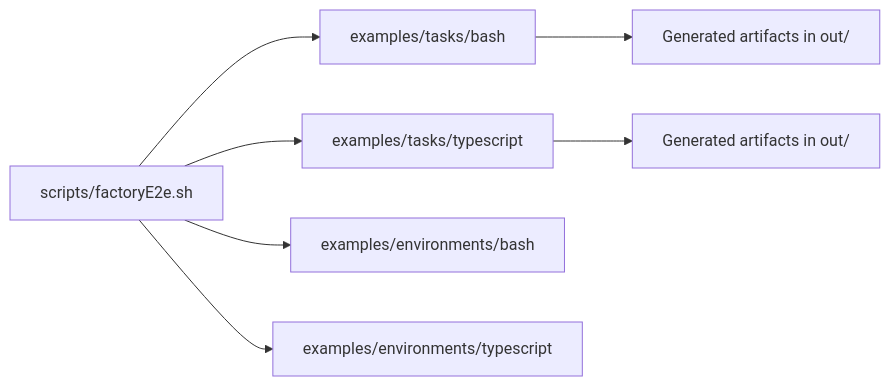
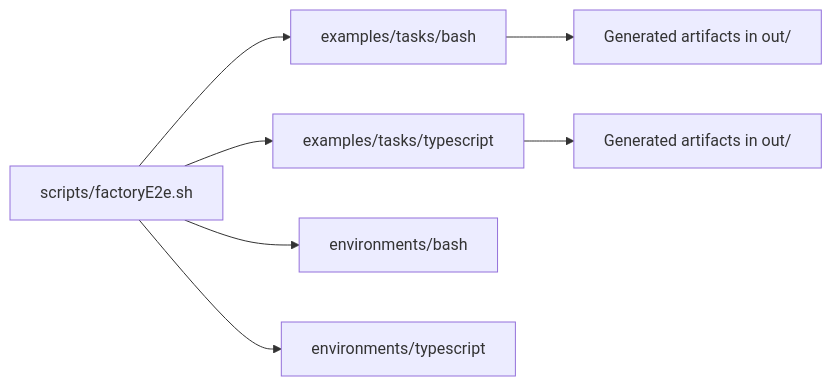
The second of 2 diagrams in doc/internals/daycare-factory.md (ex3ndr/daycare), drawn with Mermaid before and after one commit. The commit also changed other lines of this file and 13 other files, not shown here.

````diff
--- a/doc/internals/daycare-factory.md
+++ b/doc/internals/daycare-factory.md
@@ -53,9 +53,9 @@
 ```mermaid
 flowchart LR
   A[scripts/factoryE2e.sh] --> B[examples/tasks/bash]
   A --> C[examples/tasks/typescript]
-  A --> D[examples/environments/bash]
-  A --> E[examples/environments/typescript]
+  A --> D[environments/bash]
+  A --> E[environments/typescript]
   B --> F[Generated artifacts in out/]
   C --> G[Generated artifacts in out/]
 ```
````
